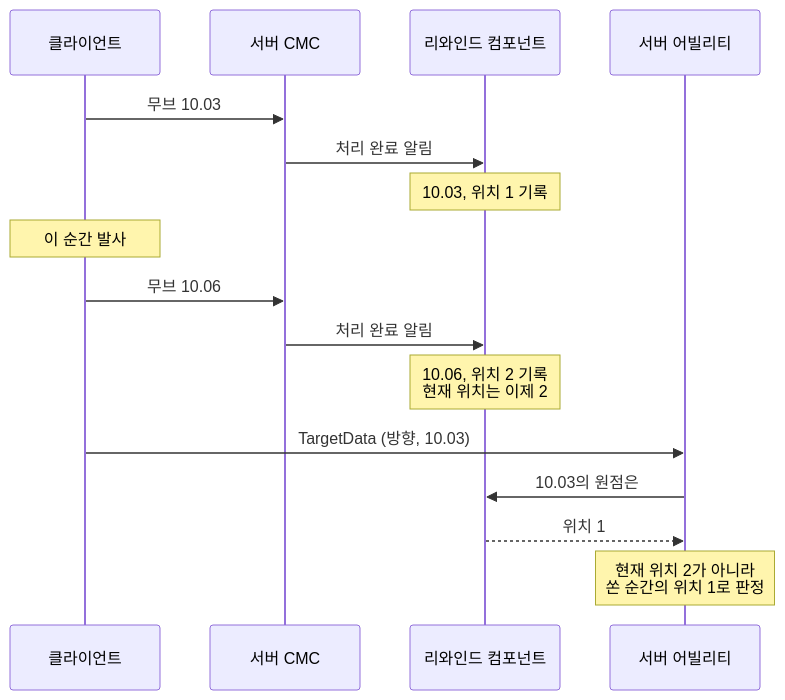
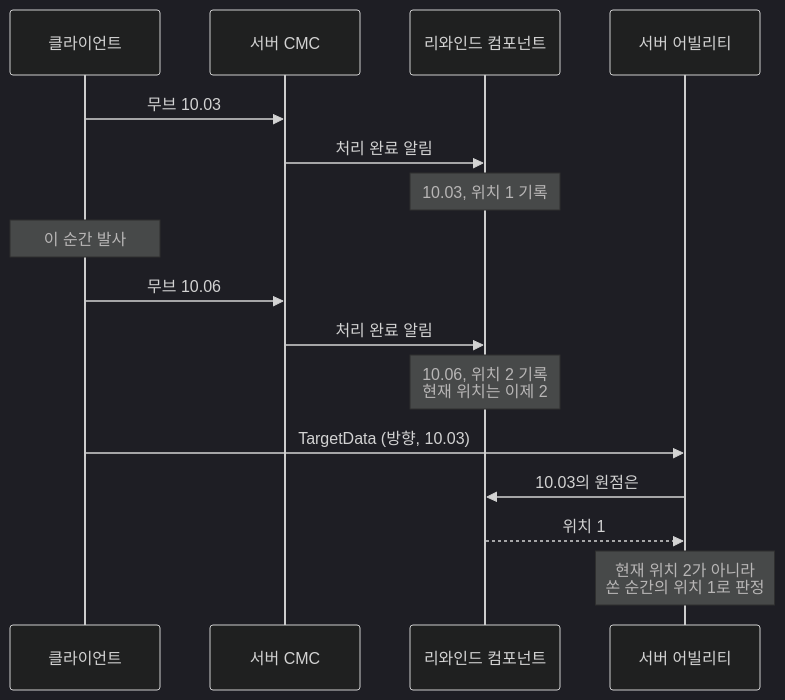
Before and after one commit to SoftHamzzi/SoftHamzzi.github.io: the second of 2 diagrams in _posts/game_dev/devlog/2026-09-24-EP_GAS-FireTargetData.md, drawn with Mermaid. The commit also changed other lines of this file and 3 other files, not shown here.

First line of the commit message:
Update GAS devlog Mermaid diagrams

````diff
--- a/_posts/game_dev/devlog/2026-09-24-EP_GAS-FireTargetData.md
+++ b/_posts/game_dev/devlog/2026-09-24-EP_GAS-FireTargetData.md
@@ -175,18 +181,24 @@
 ```mermaid
+---
+config:
+  layout: dagre
+  theme: dark
+  look: handDrawn
+---
 sequenceDiagram
     participant C as 클라이언트
     participant M as 서버 CMC
     participant R as 리와인드 컴포넌트
     participant A as 서버 어빌리티
     C->>M: 무브 10.03
     M->>R: 처리 완료 알림
     Note over R: 10.03, 위치 1 기록
     Note over C: 이 순간 발사
     C->>M: 무브 10.06
     M->>R: 처리 완료 알림
     Note over R: 10.06, 위치 2 기록<br/>현재 위치는 이제 2
     C->>A: TargetData (방향, 10.03)
     A->>R: 10.03의 원점은
     R-->>A: 위치 1
     Note over A: 현재 위치 2가 아니라<br/>쏜 순간의 위치 1로 판정
 ```
````
